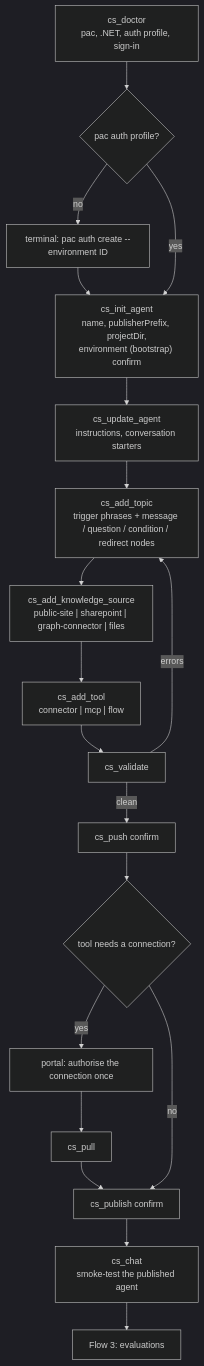
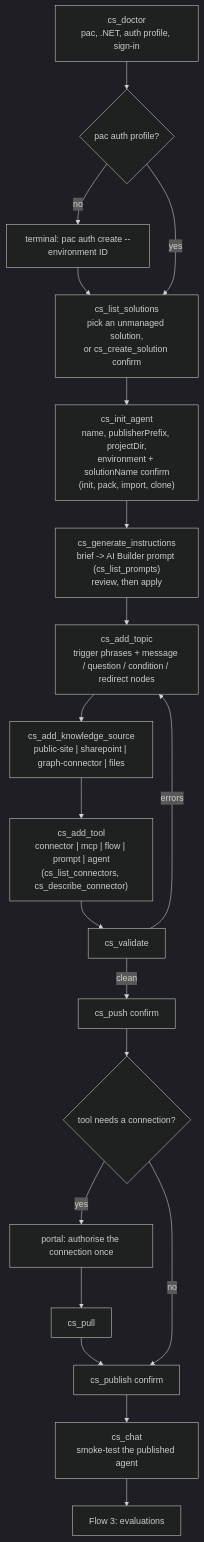
Before and after one commit to jgt87/copilot-studio-mcp: the second of 9 diagrams in docs/flows.md, drawn with Mermaid (dark theme). The commit also changed 6 other files, not shown here.

First line of the commit message:
Getting started flow: create solution, agent inside a chosen solution, instructions from an AI Builder prompt

````diff
--- a/docs/flows.md
+++ b/docs/flows.md
@@ -40,18 +40,19 @@
 ```mermaid
 flowchart TD
     A["cs_doctor<br/>pac, .NET, auth profile, sign-in"] --> B{"pac auth profile?"}
-    B -- no --> B1["terminal: pac auth create --environment ID"] --> C
-    B -- yes --> C["cs_init_agent<br/>name, publisherPrefix, projectDir,<br/>environment (bootstrap) confirm"]
-    C --> D["cs_update_agent<br/>instructions, conversation starters"]
+    B -- no --> B1["terminal: pac auth create --environment ID"] --> S
+    B -- yes --> S["cs_list_solutions<br/>pick an unmanaged solution,<br/>or cs_create_solution confirm"]
+    S --> C["cs_init_agent<br/>name, publisherPrefix, projectDir,<br/>environment + solutionName confirm<br/>(init, pack, import, clone)"]
+    C --> D["cs_generate_instructions<br/>brief -> AI Builder prompt (cs_list_prompts)<br/>review, then apply"]
     D --> E["cs_add_topic<br/>trigger phrases + message / question / condition / redirect nodes"]
     E --> F["cs_add_knowledge_source<br/>public-site | sharepoint | graph-connector | files"]
-    F --> G["cs_add_tool<br/>connector | mcp | flow"]
+    F --> G["cs_add_tool<br/>connector | mcp | flow | prompt | agent<br/>(cs_list_connectors, cs_describe_connector)"]
     G --> H["cs_validate"]
     H -- errors --> E
     H -- clean --> I["cs_push confirm"]
     I --> J{"tool needs a connection?"}
     J -- yes --> J1["portal: authorise the connection once"] --> J2["cs_pull"] --> K
     J -- no --> K["cs_publish confirm"]
     K --> L["cs_chat<br/>smoke-test the published agent"]
     L --> M["Flow 3: evaluations"]
 ```
````
